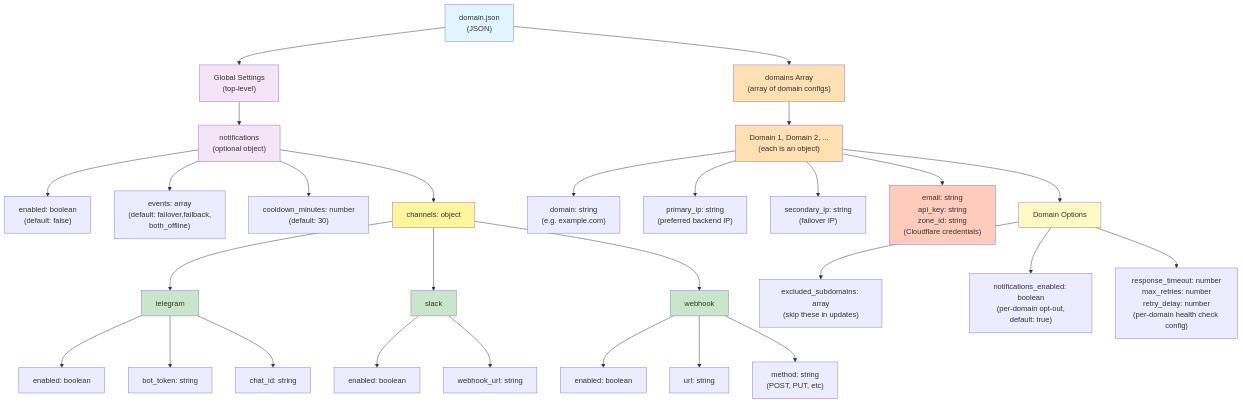
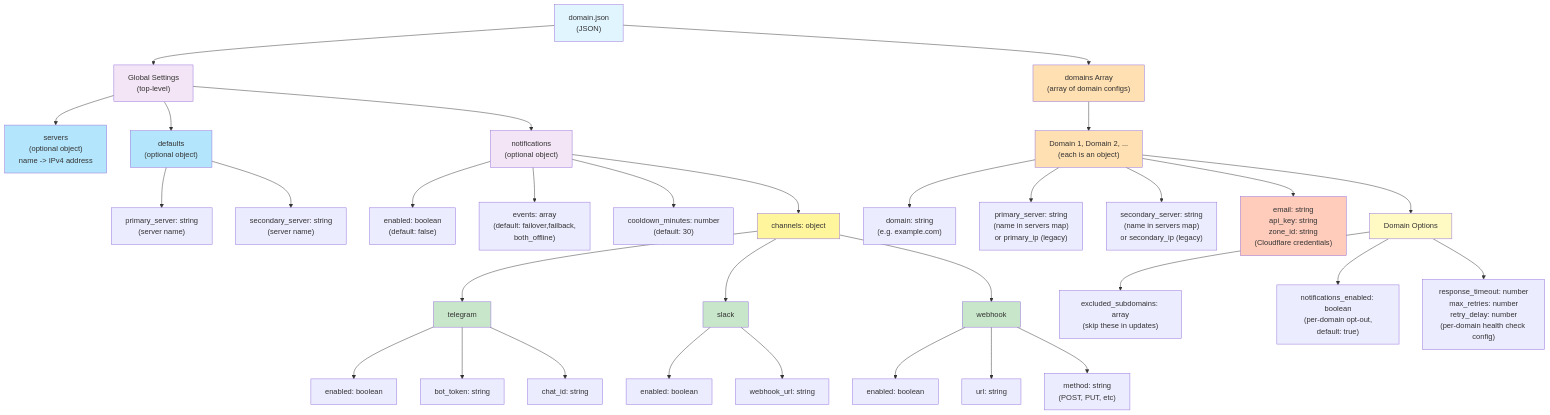
Before and after one commit to skinner12/CFDNSAutoSync: the fourth of 4 diagrams in docs/ARCHITECTURE.md, drawn with Mermaid. The commit also changed other lines of this file and 3 other files, not shown here.

First line of the commit message:
docs(config): document the servers map and resolution order

````diff
--- a/docs/ARCHITECTURE.md
+++ b/docs/ARCHITECTURE.md
@@ -232,57 +232,66 @@
 ```mermaid
 graph TD
     CONFIG["domain.json<br/>(JSON)"]
 
     CONFIG --> GLOBAL["Global Settings<br/>(top-level)"]
     CONFIG --> DOMAINS["domains Array<br/>(array of domain configs)"]
+
+    %% Server Registry
+    GLOBAL --> SERVERS["servers<br/>(optional object)<br/>name -> IPv4 address"]
+    GLOBAL --> DEFAULTS["defaults<br/>(optional object)"]
+
+    DEFAULTS --> DEF_PRIMARY["primary_server: string<br/>(server name)"]
+    DEFAULTS --> DEF_SECONDARY["secondary_server: string<br/>(server name)"]
 
     %% Global Notifications
     GLOBAL --> NOTIF["notifications<br/>(optional object)"]
 
     NOTIF --> NOTIF_ENABLED["enabled: boolean<br/>(default: false)"]
     NOTIF --> NOTIF_EVENTS["events: array<br/>(default: failover,failback,<br/>both_offline)"]
     NOTIF --> NOTIF_COOLDOWN["cooldown_minutes: number<br/>(default: 30)"]
 
     NOTIF --> CHANNELS["channels: object"]
 
     CHANNELS --> TG["telegram"]
     CHANNELS --> SLACK["slack"]
     CHANNELS --> WEBHOOK["webhook"]
 
     TG --> TG_ENABLED["enabled: boolean"]
     TG --> TG_BOT["bot_token: string"]
     TG --> TG_CHAT["chat_id: string"]
 
     SLACK --> SLACK_ENABLED["enabled: boolean"]
     SLACK --> SLACK_URL["webhook_url: string"]
 
     WEBHOOK --> WEBHOOK_ENABLED["enabled: boolean"]
     WEBHOOK --> WEBHOOK_URL["url: string"]
     WEBHOOK --> WEBHOOK_METHOD["method: string<br/>(POST, PUT, etc)"]
 
     %% Domain Configurations
     DOMAINS --> DOMAIN_OBJ["Domain 1, Domain 2, ...<br/>(each is an object)"]
 
     DOMAIN_OBJ --> DOMAIN_BASIC["domain: string<br/>(e.g. example.com)"]
-    DOMAIN_OBJ --> PRIMARY["primary_ip: string<br/>(preferred backend IP)"]
-    DOMAIN_OBJ --> SECONDARY["secondary_ip: string<br/>(failover IP)"]
+    DOMAIN_OBJ --> PRIMARY["primary_server: string<br/>(name in servers map)<br/>or primary_ip (legacy)"]
+    DOMAIN_OBJ --> SECONDARY["secondary_server: string<br/>(name in servers map)<br/>or secondary_ip (legacy)"]
     DOMAIN_OBJ --> CF_AUTH["email: string<br/>api_key: string<br/>zone_id: string<br/>(Cloudflare credentials)"]
 
     DOMAIN_OBJ --> DOMAIN_OPTS["Domain Options"]
 
     DOMAIN_OPTS --> EXCLUDED["excluded_subdomains: array<br/>(skip these in updates)"]
     DOMAIN_OPTS --> NOTIF_OVERRIDE["notifications_enabled: boolean<br/>(per-domain opt-out,<br/>default: true)"]
     DOMAIN_OPTS --> THRESHOLDS["response_timeout: number<br/>max_retries: number<br/>retry_delay: number<br/>(per-domain health check config)"]
 
     style CONFIG fill:#e1f5ff
     style GLOBAL fill:#f3e5f5
     style NOTIF fill:#f3e5f5
     style CHANNELS fill:#fff59d
     style TG fill:#c8e6c9
     style SLACK fill:#c8e6c9
     style WEBHOOK fill:#c8e6c9
+    style SERVERS fill:#b3e5fc
+    style DEFAULTS fill:#b3e5fc
     style DOMAINS fill:#ffe0b2
     style DOMAIN_OBJ fill:#ffe0b2
     style CF_AUTH fill:#ffccbc
     style DOMAIN_OPTS fill:#fff9c4
 ```
````
